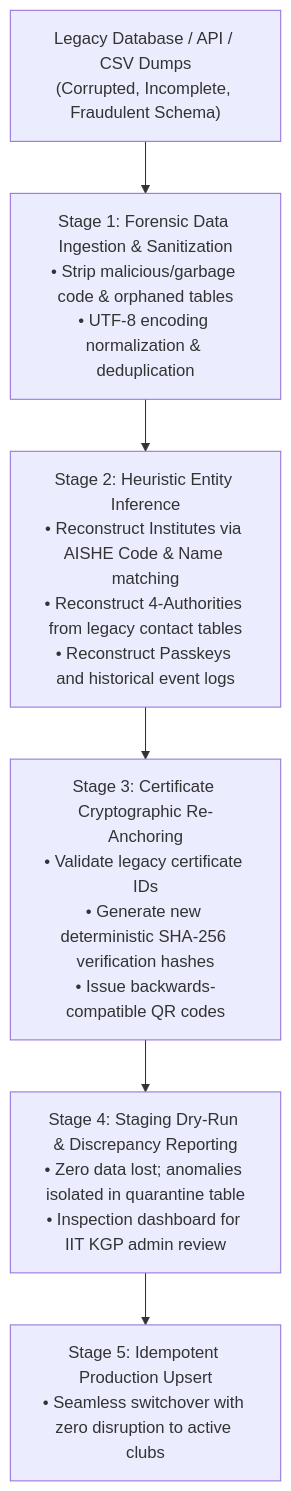
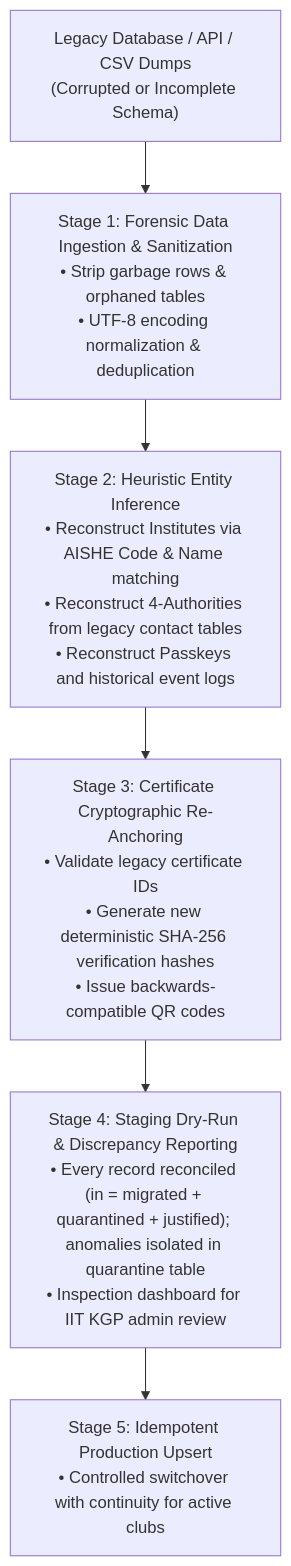
Before and after one commit to anirbanmid/ndli_club_main_portal: the second of 2 diagrams in docs/ARCHITECTURE_PLAN.md, drawn with Mermaid. The commit also changed other lines of this file and 19 other files, not shown here.

````diff
--- a/docs/ARCHITECTURE_PLAN.md
+++ b/docs/ARCHITECTURE_PLAN.md
@@ -185,8 +184,8 @@
 ```mermaid
 flowchart TD
-    LegacyDump["Legacy Database / API / CSV Dumps\n(Corrupted, Incomplete, Fraudulent Schema)"] --> S1["Stage 1: Forensic Data Ingestion & Sanitization\n• Strip malicious/garbage code & orphaned tables\n• UTF-8 encoding normalization & deduplication"]
+    LegacyDump["Legacy Database / API / CSV Dumps\n(Corrupted or Incomplete Schema)"] --> S1["Stage 1: Forensic Data Ingestion & Sanitization\n• Strip garbage rows & orphaned tables\n• UTF-8 encoding normalization & deduplication"]
     S1 --> S2["Stage 2: Heuristic Entity Inference\n• Reconstruct Institutes via AISHE Code & Name matching\n• Reconstruct 4-Authorities from legacy contact tables\n• Reconstruct Passkeys and historical event logs"]
     S2 --> S3["Stage 3: Certificate Cryptographic Re-Anchoring\n• Validate legacy certificate IDs\n• Generate new deterministic SHA-256 verification hashes\n• Issue backwards-compatible QR codes"]
-    S3 --> S4["Stage 4: Staging Dry-Run & Discrepancy Reporting\n• Zero data lost; anomalies isolated in quarantine table\n• Inspection dashboard for IIT KGP admin review"]
-    S4 --> S5["Stage 5: Idempotent Production Upsert\n• Seamless switchover with zero disruption to active clubs"]
+    S3 --> S4["Stage 4: Staging Dry-Run & Discrepancy Reporting\n• Every record reconciled (in = migrated + quarantined + justified); anomalies isolated in quarantine table\n• Inspection dashboard for IIT KGP admin review"]
+    S4 --> S5["Stage 5: Idempotent Production Upsert\n• Controlled switchover with continuity for active clubs"]
 ```
````
